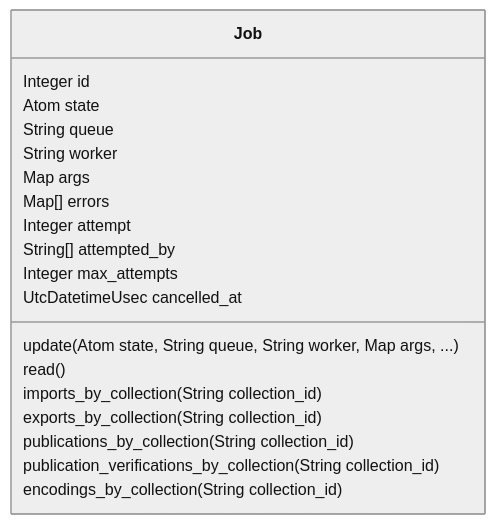
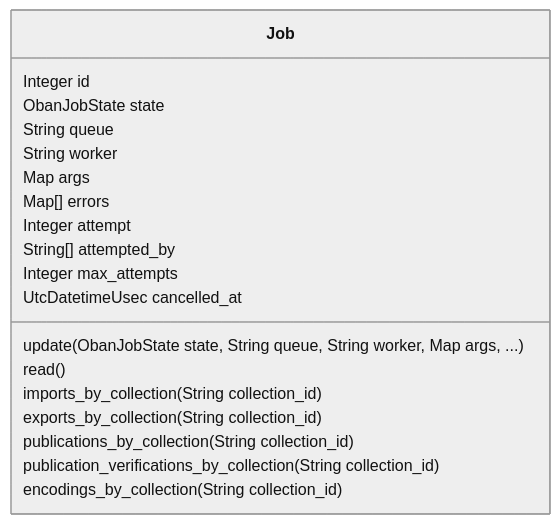
One commit to zebbra/data_aggregator changed the diagram in lib/data_aggregator/jobs/jobs-mermaid-class-diagram.md. Above: the diagram before and after it, drawn with Mermaid (neutral theme). The commit also changed 34 other files, not shown here.

````diff
--- a/lib/data_aggregator/jobs/jobs-mermaid-class-diagram.md
+++ b/lib/data_aggregator/jobs/jobs-mermaid-class-diagram.md
@@ -1,25 +1,25 @@
 ```mermaid
 classDiagram
     class Job {
         Integer id
-        Atom state
+        ObanJobState state
         String queue
         String worker
         Map args
         Map[] errors
         Integer attempt
         String[] attempted_by
         Integer max_attempts
         UtcDatetimeUsec cancelled_at
-        update(Atom state, String queue, String worker, Map args, ...)
+        update(ObanJobState state, String queue, String worker, Map args, ...)
         read()
         imports_by_collection(String collection_id)
         exports_by_collection(String collection_id)
         publications_by_collection(String collection_id)
         publication_verifications_by_collection(String collection_id)
         encodings_by_collection(String collection_id)
     }
 
 
 
 ```
````
